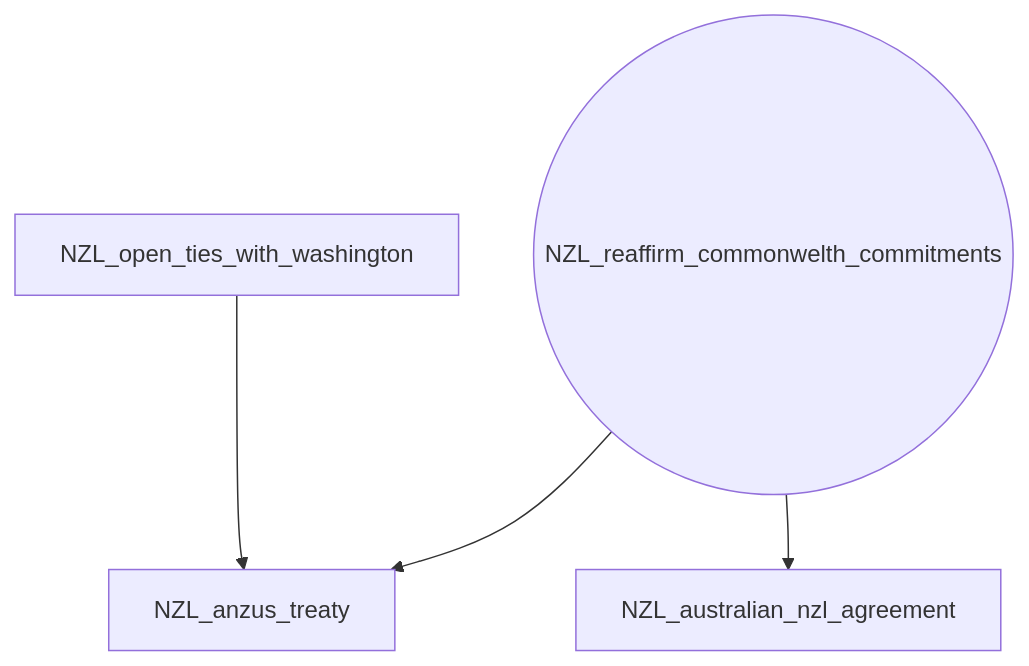
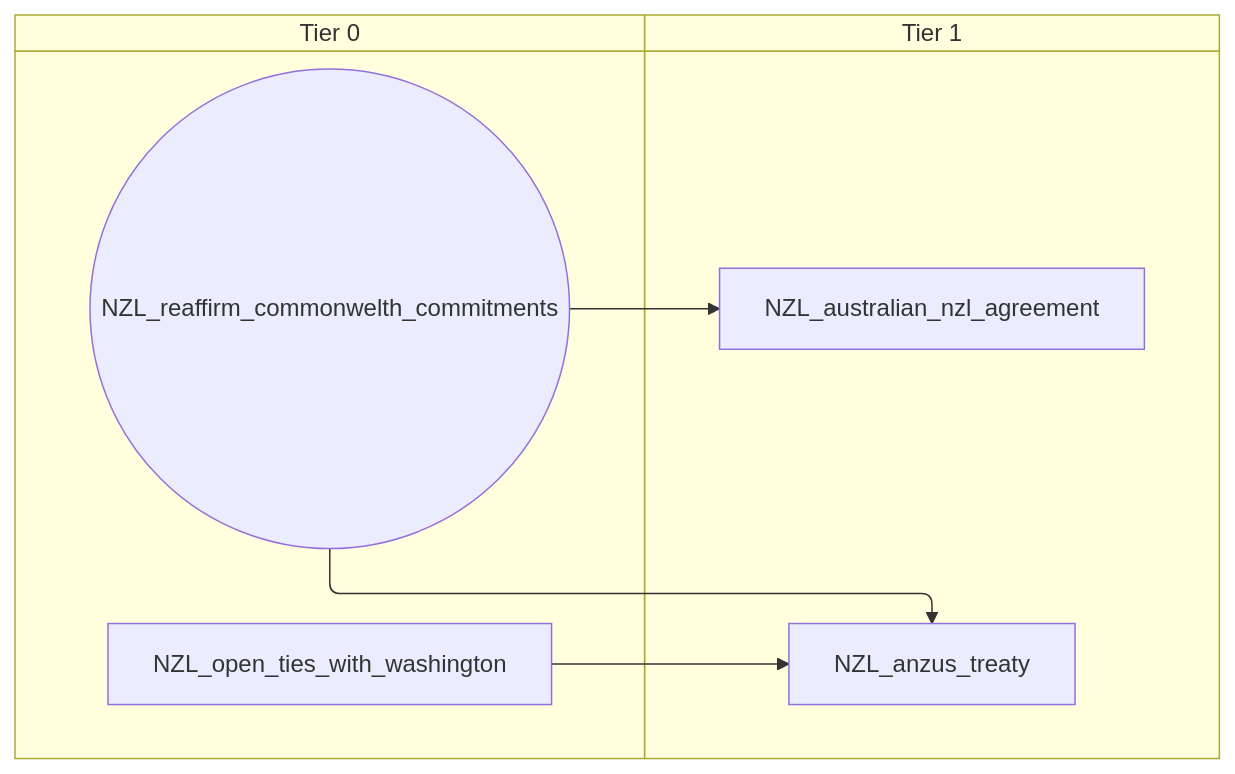
Before and after one commit to evgeny-sobol/hoi4-sandbox-mode-r56: the seventh of 11 diagrams in docs/gdd/National Focuses/r56/new_zealand.md, drawn with Mermaid. The commit also changed other lines of this file and 423 other files, not shown here.

First line of the commit message:
Re-export Rt56 focus trees as swimlane diagrams

````diff
--- a/docs/gdd/National Focuses/r56/new_zealand.md
+++ b/docs/gdd/National Focuses/r56/new_zealand.md
@@ -285,10 +351,14 @@
 ```mermaid
-flowchart TD
-    n99["NZL_anzus_treaty"]
-    n104["NZL_australian_nzl_agreement"]
-    n102["NZL_open_ties_with_washington"]
-    n103(("NZL_reaffirm_commonwelth_commitments"))
-    n102 --> n99
-    n103 --> n99
-    n103 --> n104
+swimlane-beta TD
+    subgraph tier_0["Tier 0"]
+        n99["NZL_open_ties_with_washington"]
+        n100(("NZL_reaffirm_commonwelth_commitments"))
+    end
+    subgraph tier_1["Tier 1"]
+        n101["NZL_anzus_treaty"]
+        n104["NZL_australian_nzl_agreement"]
+    end
+    n99 --> n101
+    n100 --> n101
+    n100 --> n104
 ```
````
